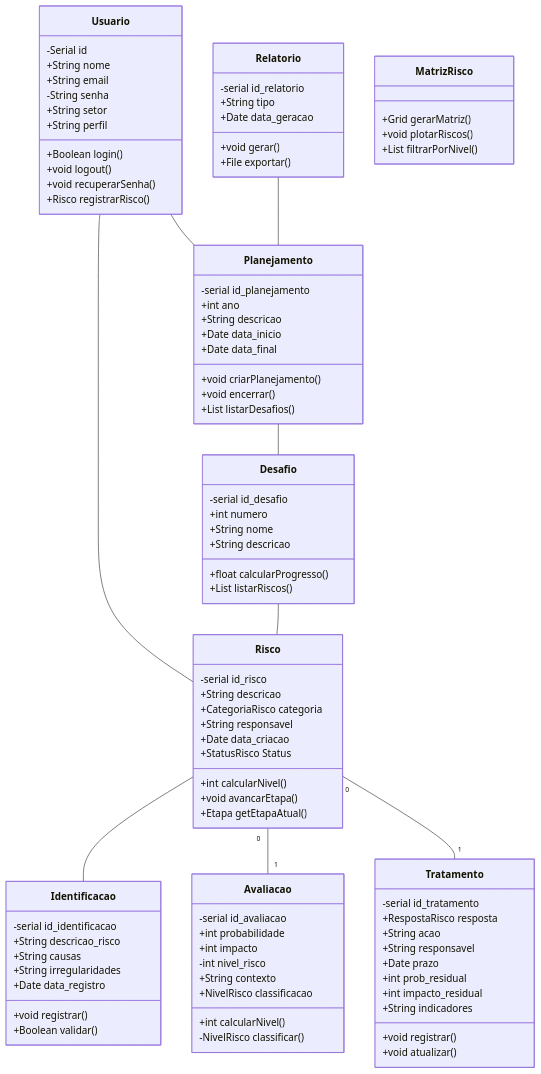
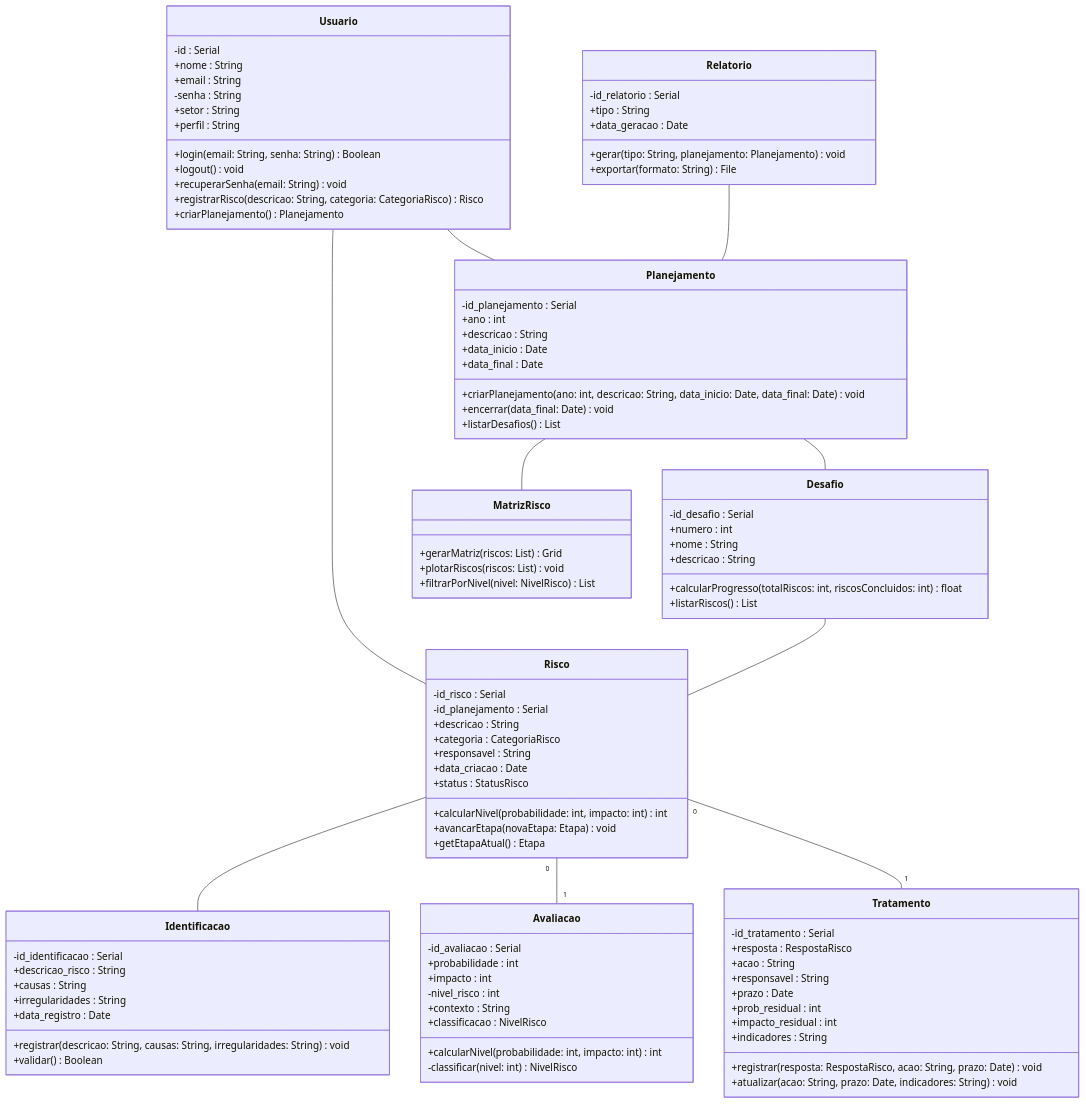
The second of 2 diagrams in README.md (CTISM-Prof-Henry/software-formularios-seriemas-da-internet), drawn with Mermaid before and after one commit. The commit also changed other lines of this file, not shown here.

````diff
--- a/README.md
+++ b/README.md
@@ -56,96 +55,98 @@
 direction TB
 
 class Usuario {
-    -Serial id
-    +String nome
-    +String email
-    -String senha
-    +String setor
-    +String perfil
-    +Boolean login()
-    +void logout()
-    +void recuperarSenha()
-    +Risco registrarRisco()
+    -id : Serial
+    +nome : String
+    +email : String
+    -senha : String
+    +setor : String
+    +perfil : String
+    +login(email: String, senha: String) Boolean
+    +logout() void
+    +recuperarSenha(email: String) void
+    +registrarRisco(descricao: String, categoria: CategoriaRisco) Risco
+    +criarPlanejamento() Planejamento
 }
 
 class Planejamento {
-    -serial id_planejamento
-    +int ano
-    +String descricao
-    +Date data_inicio
-    +Date data_final
-    +void criarPlanejamento()
-    +void encerrar()
-    +List listarDesafios()
+    -id_planejamento : Serial
+    +ano : int
+    +descricao : String
+    +data_inicio : Date
+    +data_final : Date
+    +criarPlanejamento(ano: int, descricao: String, data_inicio: Date, data_final: Date) void
+    +encerrar(data_final: Date) void
+    +listarDesafios() List
 }
 
 class Risco {
-    -serial id_risco
-    +String descricao
-    +CategoriaRisco categoria
-    +String responsavel
-    +Date data_criacao
-    +StatusRisco Status
-    +int calcularNivel()
-    +void avancarEtapa()
-    +Etapa getEtapaAtual()
+    -id_risco : Serial
+    -id_planejamento : Serial
+    +descricao : String
+    +categoria : CategoriaRisco
+    +responsavel : String
+    +data_criacao : Date
+    +status : StatusRisco
+    +calcularNivel(probabilidade: int, impacto: int) int
+    +avancarEtapa(novaEtapa: Etapa) void
+    +getEtapaAtual() Etapa
 }
 
 class Desafio {
-    -serial id_desafio
-    +int numero
-    +String nome
-    +String descricao
-    +float calcularProgresso()
-    +List listarRiscos()
+    -id_desafio : Serial
+    +numero : int
+    +nome : String
+    +descricao : String
+    +calcularProgresso(totalRiscos: int, riscosConcluidos: int) float
+    +listarRiscos() List
 }
 
 class Relatorio {
-    -serial id_relatorio
-    +String tipo
-    +Date data_geracao
-    +void gerar()
-    +File exportar()
+    -id_relatorio : Serial
+    +tipo : String
+    +data_geracao : Date
+    +gerar(tipo: String, planejamento: Planejamento) void
+    +exportar(formato: String) File
 }
 
 class Identificacao {
-    -serial id_identificacao
-    +String descricao_risco
-    +String causas
-    +String irregularidades
-    +Date data_registro
-    +void registrar()
-    +Boolean validar()
+    -id_identificacao : Serial
+    +descricao_risco : String
+    +causas : String
+    +irregularidades : String
+    +data_registro : Date
+    +registrar(descricao: String, causas: String, irregularidades: String) void
+    +validar() Boolean
 }
 
 class Avaliacao {
-    -serial id_avaliacao
-    +int probabilidade
-    +int impacto
-    -int nivel_risco
-    +String contexto
-    +NivelRisco classificacao
-    +int calcularNivel()
-    -NivelRisco classificar()
+    -id_avaliacao : Serial
+    +probabilidade : int
+    +impacto : int
+    -nivel_risco : int
+    +contexto : String
+    +classificacao : NivelRisco
+    +calcularNivel(probabilidade: int, impacto: int) int
+    -classificar(nivel: int) NivelRisco
 }
 
 class Tratamento {
-    -serial id_tratamento
-    +RespostaRisco resposta
-    +String acao
-    +String responsavel
-    +Date prazo
-    +int prob_residual
-    +int impacto_residual
-    +String indicadores
-    +void registrar()
-    +void atualizar()
+    -id_tratamento : Serial
+    +resposta : RespostaRisco
+    +acao : String
+    +responsavel : String
+    +prazo : Date
+    +prob_residual : int
+    +impacto_residual : int
+    +indicadores : String
+    +registrar(resposta: RespostaRisco, acao: String, prazo: Date) void
+    +atualizar(acao: String, prazo: Date, indicadores: String) void
 }
 
 class MatrizRisco {
-    +Grid gerarMatriz()
-    +void plotarRiscos()
-    +List filtrarPorNivel()
+    +gerarMatriz(riscos: List) Grid
+    +plotarRiscos(riscos: List) void
+    +filtrarPorNivel(nivel: NivelRisco) List
 }
 
 Usuario -- Planejamento
@@ -156,4 +157,5 @@
 Risco "0" -- "1" Tratamento
 Planejamento -- Desafio
 Relatorio -- Planejamento
+Planejamento -- MatrizRisco
 ```
````
